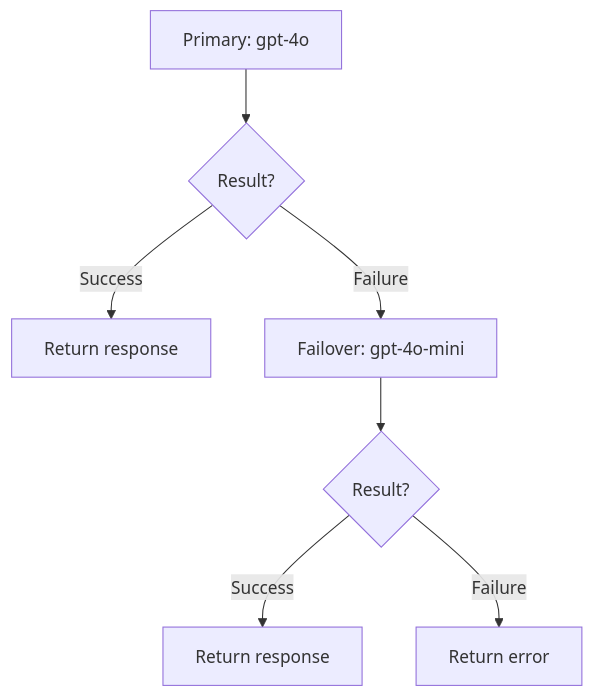
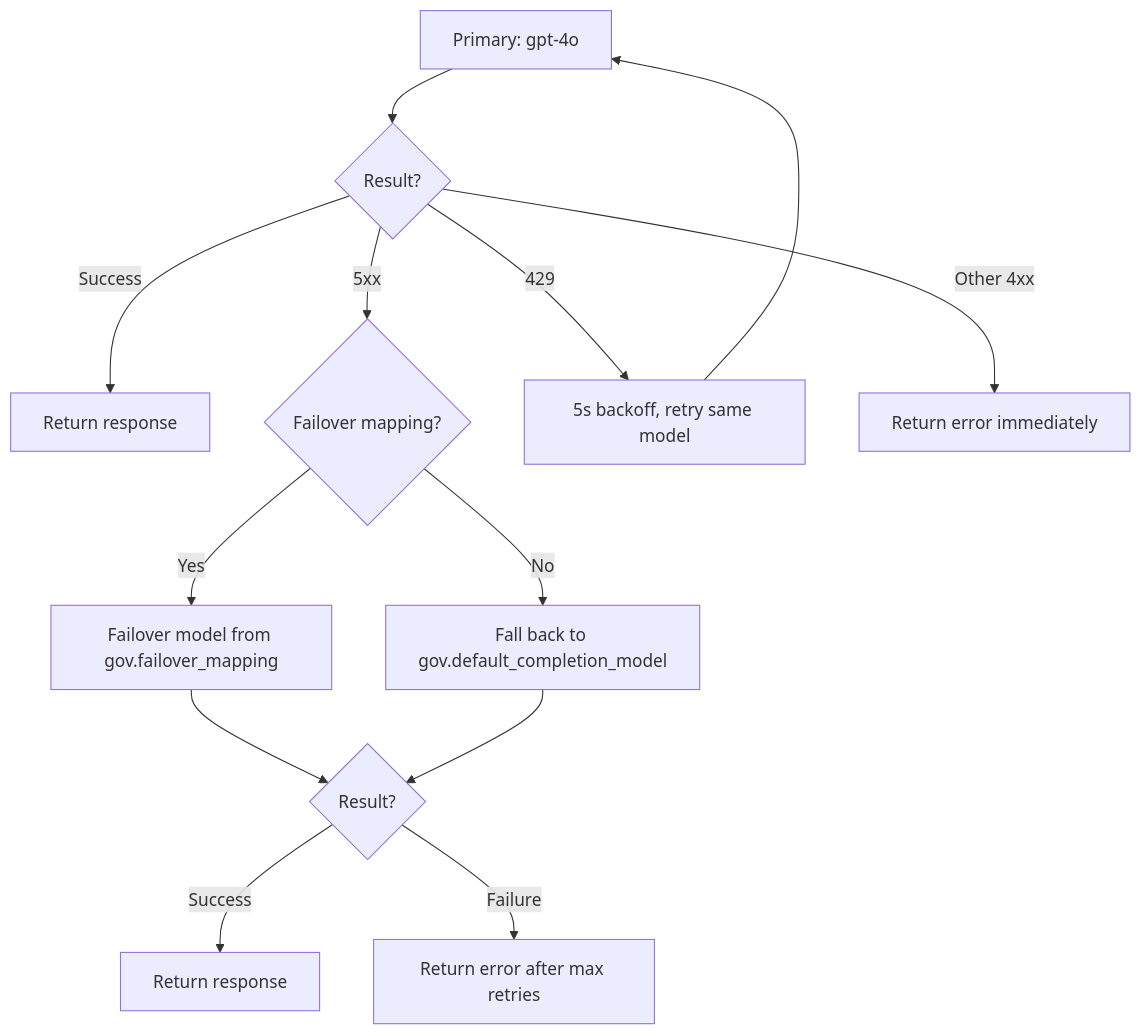
The diagram in services/llm-gateway/chat-completions.mdx (prismeai/docs), drawn with Mermaid before and after one commit. The commit also changed other lines of this file and 16 other files, not shown here.

````diff
--- a/services/llm-gateway/chat-completions.mdx
+++ b/services/llm-gateway/chat-completions.mdx
@@ -104,9 +104,15 @@
 ```mermaid
 flowchart TD
     P[Primary: gpt-4o] --> R1{Result?}
     R1 -->|Success| RES1[Return response]
-    R1 -->|Failure| F[Failover: gpt-4o-mini]
+    R1 -->|5xx| FM{Failover mapping?}
+    FM -->|Yes| F[Failover model from gov.failover_mapping]
+    FM -->|No| FD[Fall back to gov.default_completion_model]
     F --> R2{Result?}
     R2 -->|Success| RES2[Return response]
-    R2 -->|Failure| ERR[Return error]
+    R2 -->|Failure| ERR[Return error after max retries]
+    FD --> R2
+    R1 -->|429| WAIT[5s backoff, retry same model]
+    WAIT --> P
+    R1 -->|Other 4xx| ERR2[Return error immediately]
 ```
````
